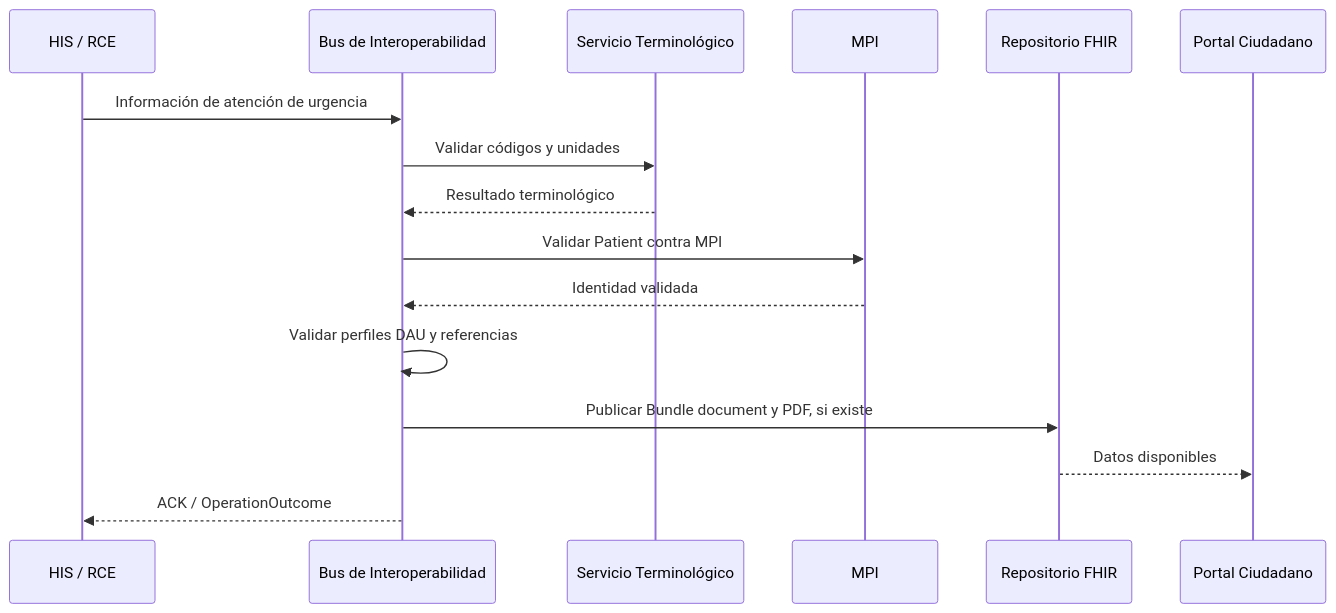
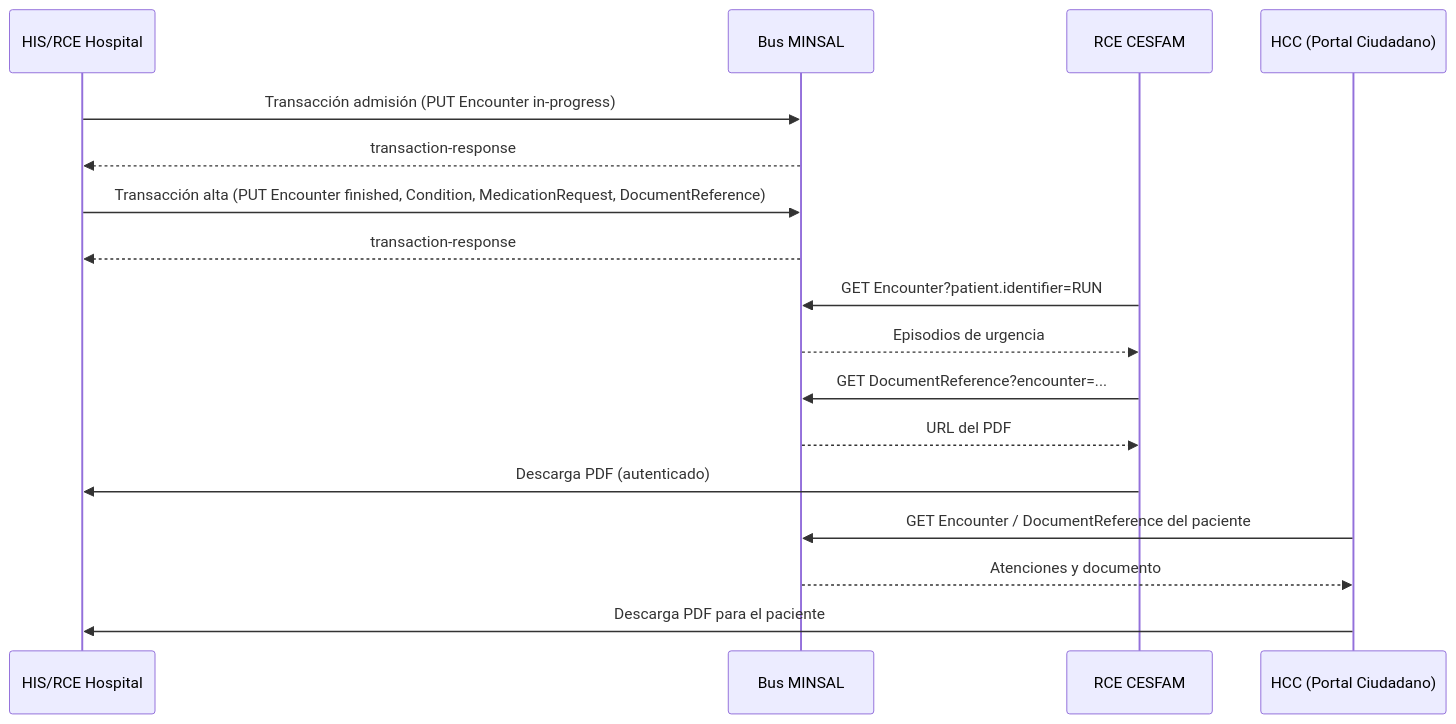
The diagram in input/pagecontent/casos-de-uso.md (rchristiansen/CL-URGENCIA), drawn with Mermaid before and after one commit. The commit also changed other lines of this file and 38 other files, not shown here.

```diff
--- a/input/pagecontent/casos-de-uso.md
+++ b/input/pagecontent/casos-de-uso.md
@@ -25,19 +56,20 @@
 <div class="mermaid">
 sequenceDiagram
-    participant HIS as HIS / RCE
-    participant BUS as Bus de Interoperabilidad
-    participant TERM as Servicio Terminológico
-    participant MPI as MPI
-    participant REP as Repositorio FHIR
-    participant POR as Portal Ciudadano
+    participant HIS as HIS/RCE Hospital
+    participant BUS as Bus MINSAL
+    participant APS as RCE CESFAM
+    participant HCC as HCC (Portal Ciudadano)
 
-    HIS->>BUS: Información de atención de urgencia
-    BUS->>TERM: Validar códigos y unidades
-    TERM-->>BUS: Resultado terminológico
-    BUS->>MPI: Validar Patient contra MPI
-    MPI-->>BUS: Identidad validada
-    BUS->>BUS: Validar perfiles DAU y referencias
-    BUS->>REP: Publicar Bundle document y PDF, si existe
-    REP-->>POR: Datos disponibles
-    BUS-->>HIS: ACK / OperationOutcome
+    HIS->>BUS: Transacción admisión (PUT Encounter in-progress)
+    BUS-->>HIS: transaction-response
+    HIS->>BUS: Transacción alta (PUT Encounter finished, Condition, MedicationRequest, DocumentReference)
+    BUS-->>HIS: transaction-response
+    APS->>BUS: GET Encounter?patient.identifier=RUN
+    BUS-->>APS: Episodios de urgencia
+    APS->>BUS: GET DocumentReference?encounter=...
+    BUS-->>APS: URL del PDF
+    APS->>HIS: Descarga PDF (autenticado)
+    HCC->>BUS: GET Encounter / DocumentReference del paciente
+    BUS-->>HCC: Atenciones y documento
+    HCC->>HIS: Descarga PDF para el paciente
 </div>
```
